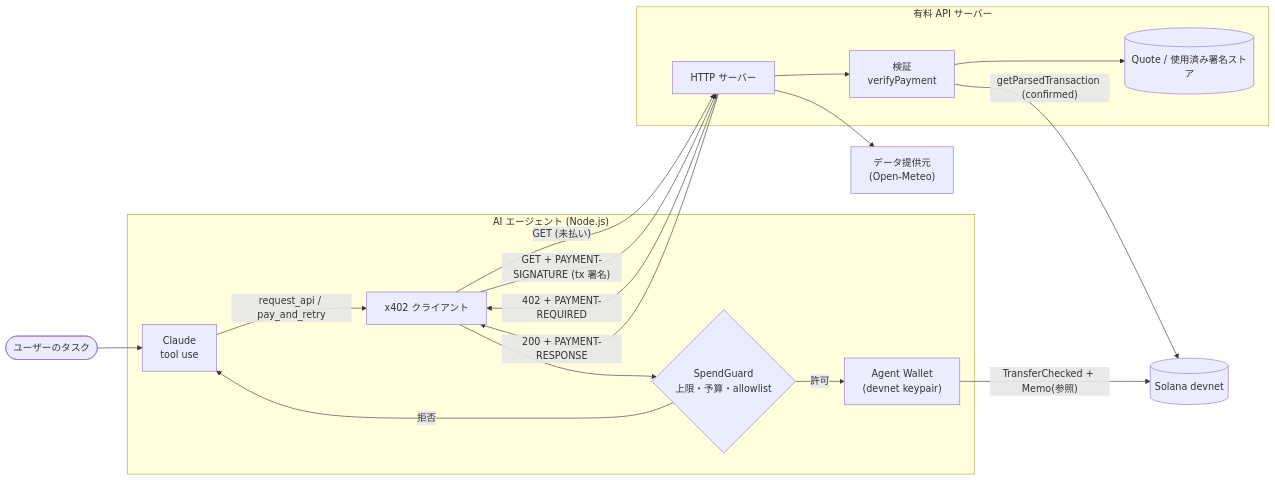
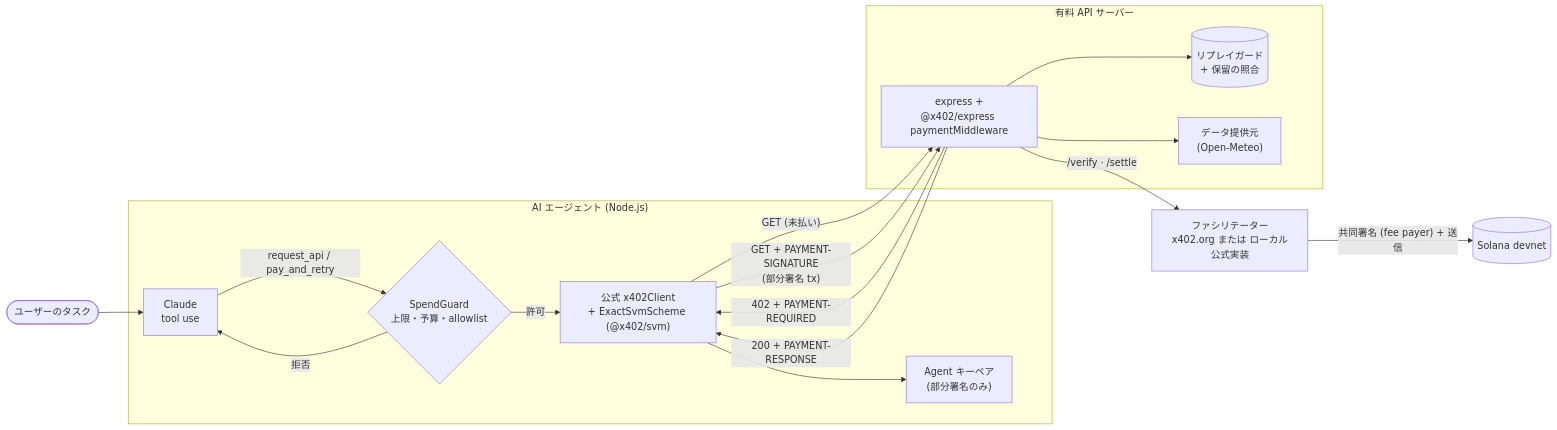
One commit to shoya-sue/solana-agent-pay changed the first of 3 diagrams in README.md. Above: the diagram before and after it, drawn with Mermaid. The commit also changed other lines of this file and 37 other files, not shown here.

First line of the commit message:
Align with official x402: exact scheme on Solana devnet, facilitator settlement

````diff
--- a/README.md
+++ b/README.md
@@ -57,21 +61,20 @@
 ```mermaid
 flowchart LR
     U([ユーザーのタスク]) --> A
     subgraph Agent["AI エージェント (Node.js)"]
-        A["Claude<br/>tool use"] -->|request_api / pay_and_retry| X["x402 クライアント"]
-        X --> G{"SpendGuard<br/>上限・予算・allowlist"}
-        G -->|許可| W["Agent Wallet<br/>(devnet keypair)"]
+        A["Claude<br/>tool use"] -->|request_api / pay_and_retry| G{"SpendGuard<br/>上限・予算・allowlist"}
+        G -->|許可| X["公式 x402Client<br/>+ ExactSvmScheme (@x402/svm)"]
         G -->|拒否| A
+        X --> W["Agent キーペア<br/>(部分署名のみ)"]
     end
     X -- "GET (未払い)" --> S
     S -- "402 + PAYMENT-REQUIRED" --> X
-    W -- "TransferChecked + Memo(参照)" --> SOL[("Solana devnet")]
-    X -- "GET + PAYMENT-SIGNATURE (tx 署名)" --> S
+    X -- "GET + PAYMENT-SIGNATURE<br/>(部分署名 tx)" --> S
     subgraph Server["有料 API サーバー"]
-        S["HTTP サーバー"] --> V["検証<br/>verifyPayment"]
-        V --> ST[("Quote / 使用済み署名ストア")]
+        S["express +<br/>@x402/express paymentMiddleware"] --> RG[("リプレイガード<br/>+ 保留の照合")]
+        S --> D["データ提供元<br/>(Open-Meteo)"]
     end
-    V -- "getParsedTransaction (confirmed)" --> SOL
+    S -- "/verify · /settle" --> F["ファシリテーター<br/>x402.org または ローカル公式実装"]
+    F -- "共同署名 (fee payer) + 送信" --> SOL[("Solana devnet")]
     S -- "200 + PAYMENT-RESPONSE" --> X
-    S --> D["データ提供元<br/>(Open-Meteo)"]
 ```
````
